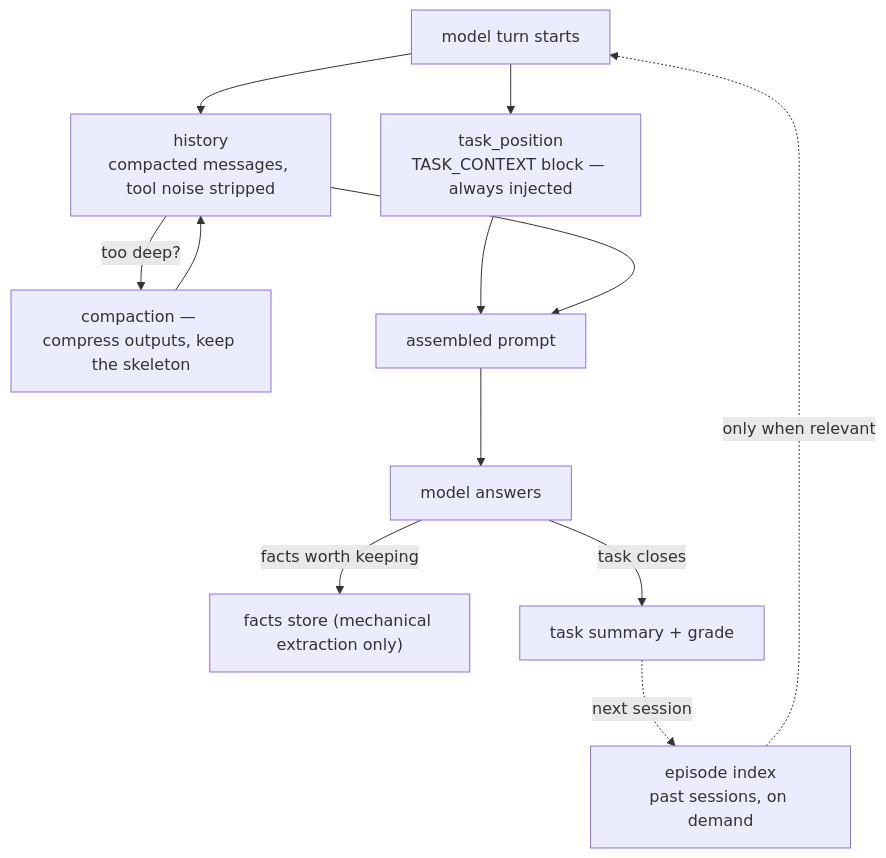
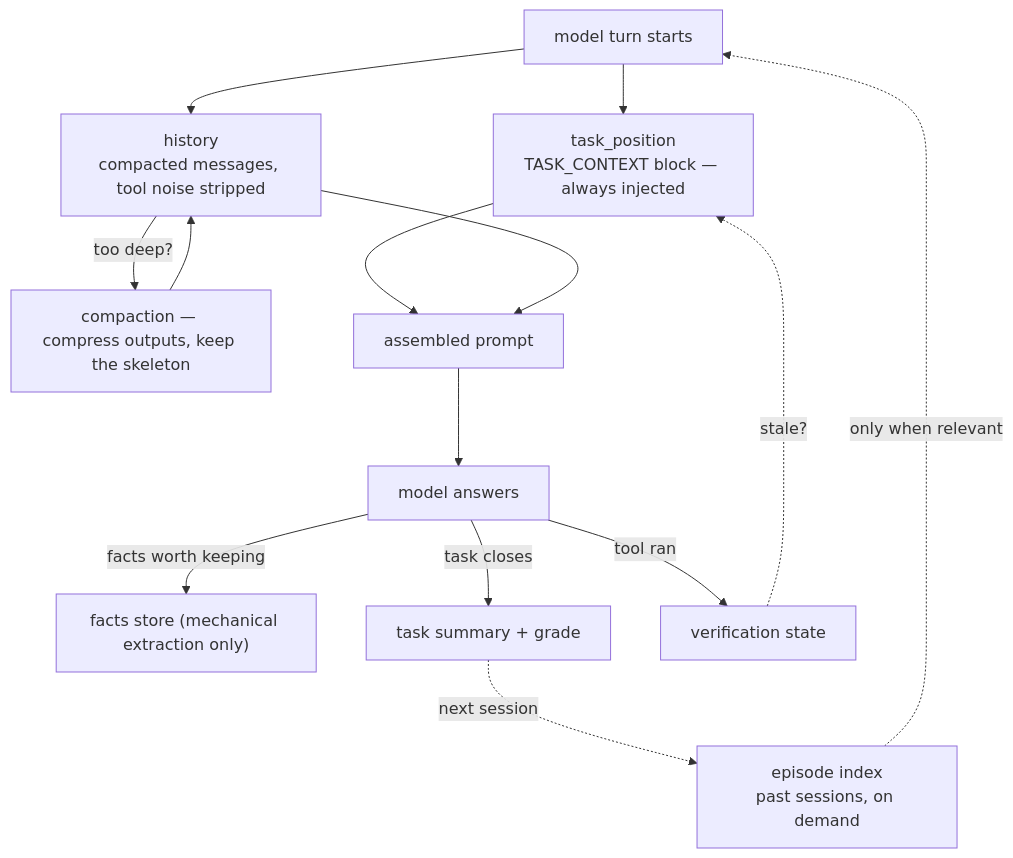
One commit to engrix/engrix-agent-docs changed the diagram in en/architecture/memory.md. Above: the diagram before and after it, drawn with Mermaid. The commit also changed other lines of this file and 25 other files, not shown here.

````diff
--- a/en/architecture/memory.md
+++ b/en/architecture/memory.md
@@ -26,18 +27,20 @@
 ```mermaid
 flowchart TD
     TURN["model turn starts"]
     TASK["task_position<br/>TASK_CONTEXT block — always injected"]
     HIST["history<br/>compacted messages, tool noise stripped"]
     EP["episode index<br/>past sessions, on demand"]
     TURN --> TASK
     TURN --> HIST
     HIST -->|too deep?| COMP["compaction — compress outputs, keep the skeleton"]
     COMP --> HIST
     EP -.->|"only when relevant"| TURN
     TASK --> PROMPT["assembled prompt"]
     HIST --> PROMPT
     PROMPT --> OUT["model answers"]
     OUT -->|facts worth keeping| FACT["facts store (mechanical extraction only)"]
     OUT -->|task closes| SUM["task summary + grade"]
+    OUT -->|tool ran| VER["verification state"]
+    VER -.->|"stale?"| TASK
     SUM -.->|"next session"| EP
 ```
````
